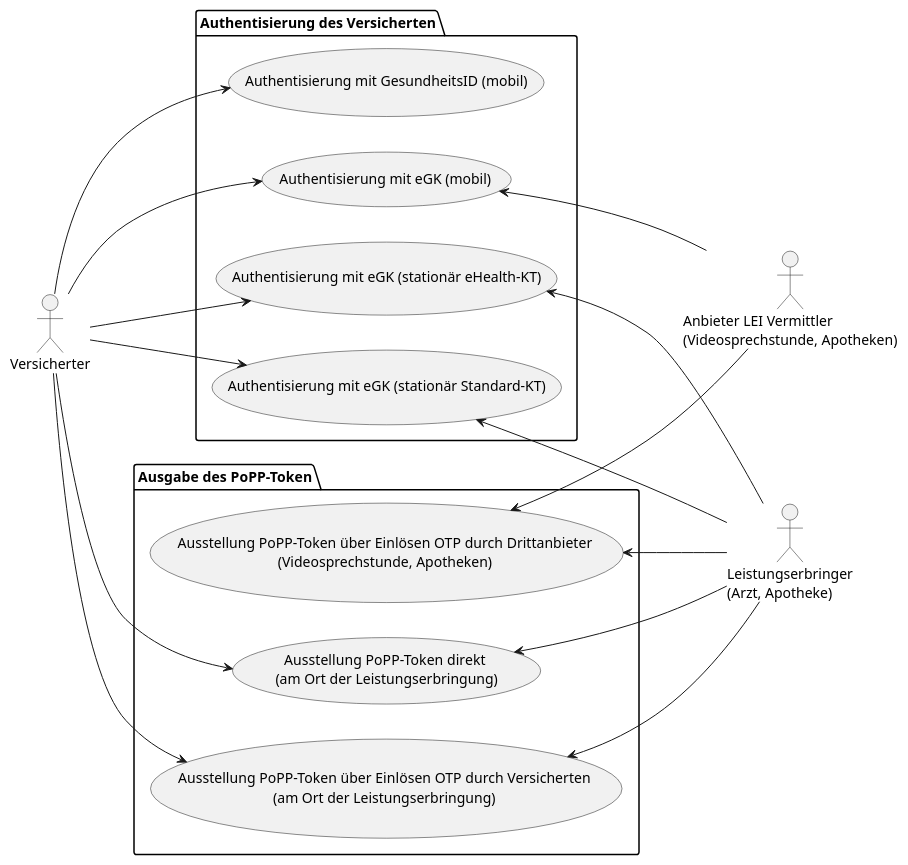
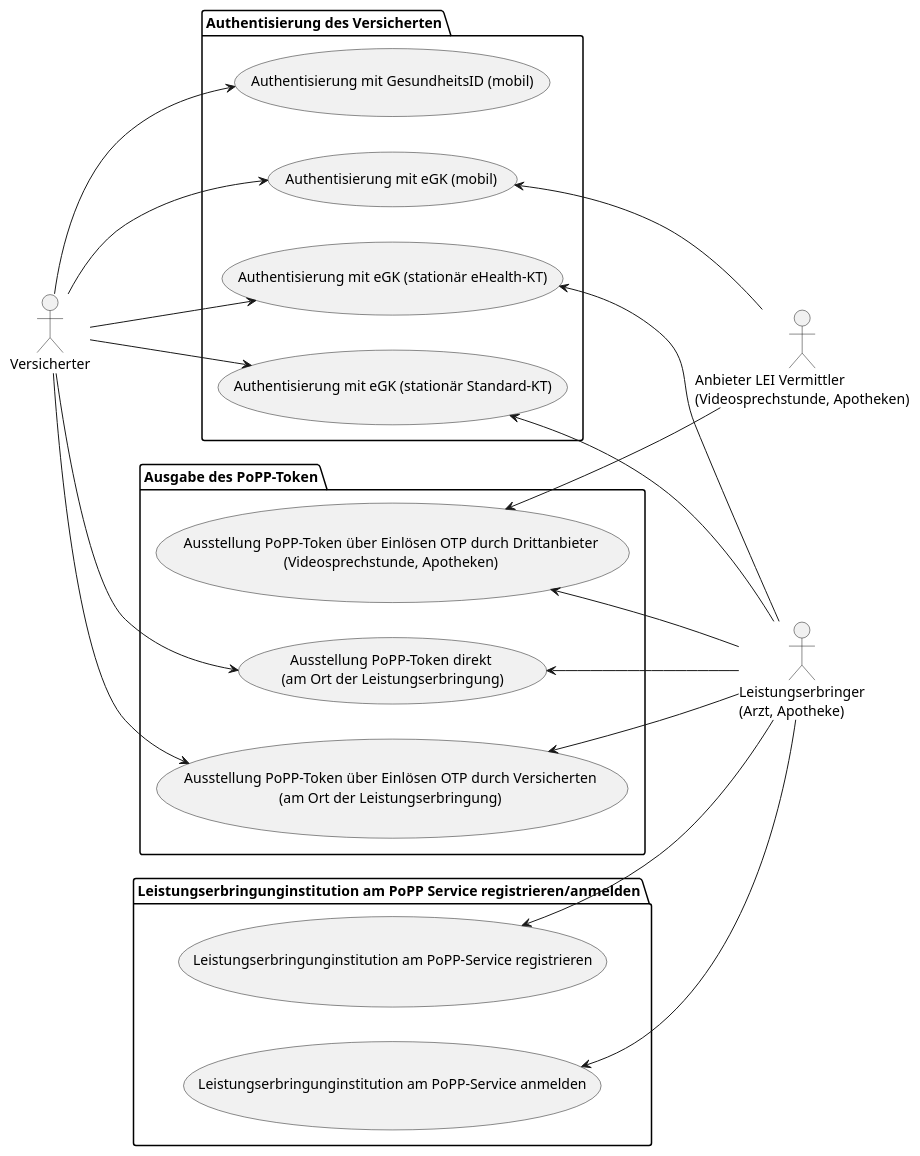
The diagram in src/plantuml/AF_PoPP_Anwendungsfaelle.puml (gematik/api-popp), drawn with PlantUML before and after one commit. The commit also changed 6 other files, not shown here.

```diff
--- a/src/plantuml/AF_PoPP_Anwendungsfaelle.puml
+++ b/src/plantuml/AF_PoPP_Anwendungsfaelle.puml
@@ -1,37 +1,45 @@
-@startuml
+@startuml "PoPP-Anwendungsfälle"
+
 left to right direction
+
 actor Versicherter as versicherter
 actor "Leistungserbringer\n(Arzt, Apotheke)" as lei
 actor "Anbieter LEI Vermittler\n(Videosprechstunde, Apotheken)" as ver
 
 package "Authentisierung des Versicherten" {
-	usecase "Authentisierung mit GesundheitsID (mobil)" as UCAuthGID
-	usecase "Authentisierung mit eGK (mobil)" as UCAuthEGKMobil
-	usecase "Authentisierung mit eGK (stationär eHealth-KT)" as UCAuthEGKeHKT
+    usecase "Authentisierung mit GesundheitsID (mobil)" as UCAuthGID
+    usecase "Authentisierung mit eGK (mobil)" as UCAuthEGKMobil
+    usecase "Authentisierung mit eGK (stationär eHealth-KT)" as UCAuthEGKeHKT
     usecase "Authentisierung mit eGK (stationär Standard-KT)" as UCAuthEGKSKT
 }
 
 package "Ausgabe des PoPP-Token" {
-usecase "Ausstellung PoPP-Token über Einlösen OTP durch Versicherten\n(am Ort der Leistungserbringung)" as UCGetPoPPTokenLEI
-usecase "Ausstellung PoPP-Token über Einlösen OTP durch Drittanbieter\n(Videosprechstunde, Apotheken)" as UCGetPoPPTokenDritt
-usecase "Ausstellung PoPP-Token direkt \n(am Ort der Leistungserbringung)" as UCGetPoPPTokenDirekt
+    usecase "Ausstellung PoPP-Token über Einlösen OTP durch Versicherten\n(am Ort der Leistungserbringung)" as UCGetPoPPTokenLEI
+    usecase "Ausstellung PoPP-Token über Einlösen OTP durch Drittanbieter\n(Videosprechstunde, Apotheken)" as UCGetPoPPTokenDritt
+    usecase "Ausstellung PoPP-Token direkt \n(am Ort der Leistungserbringung)" as UCGetPoPPTokenDirekt
 }
 
+package "Leistungserbringunginstitution am PoPP Service registrieren/anmelden" {
+    usecase "Leistungserbringunginstitution am PoPP-Service registrieren" as UCLeiReg
+    usecase "Leistungserbringunginstitution am PoPP-Service anmelden" as UCLeiAnm
+}
 
 versicherter --> UCAuthGID
 versicherter --> UCAuthEGKMobil
 UCAuthEGKMobil <-- ver
 versicherter --> UCAuthEGKeHKT
 versicherter --> UCAuthEGKSKT
 UCAuthEGKeHKT <-- lei
-UCAuthEGKSKT <-- lei 
+UCAuthEGKSKT <-- lei
 
 versicherter --> UCGetPoPPTokenLEI
 UCGetPoPPTokenLEI <-- lei
 versicherter --> UCGetPoPPTokenDirekt
 UCGetPoPPTokenDirekt <-- lei
 UCGetPoPPTokenDritt <-- lei
 UCGetPoPPTokenDritt <-- ver
 
+UCLeiReg <-- lei
+UCLeiAnm <-- lei
 
 @enduml
```
